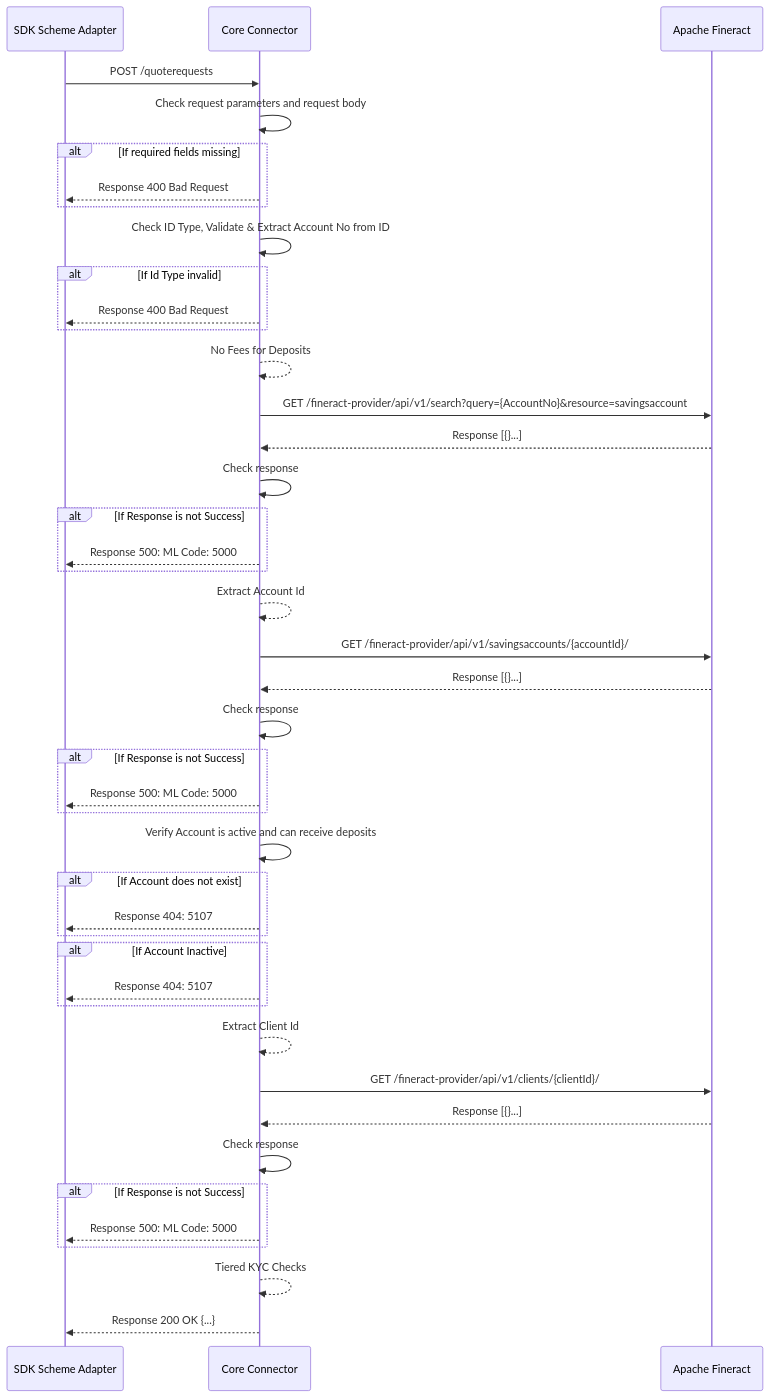
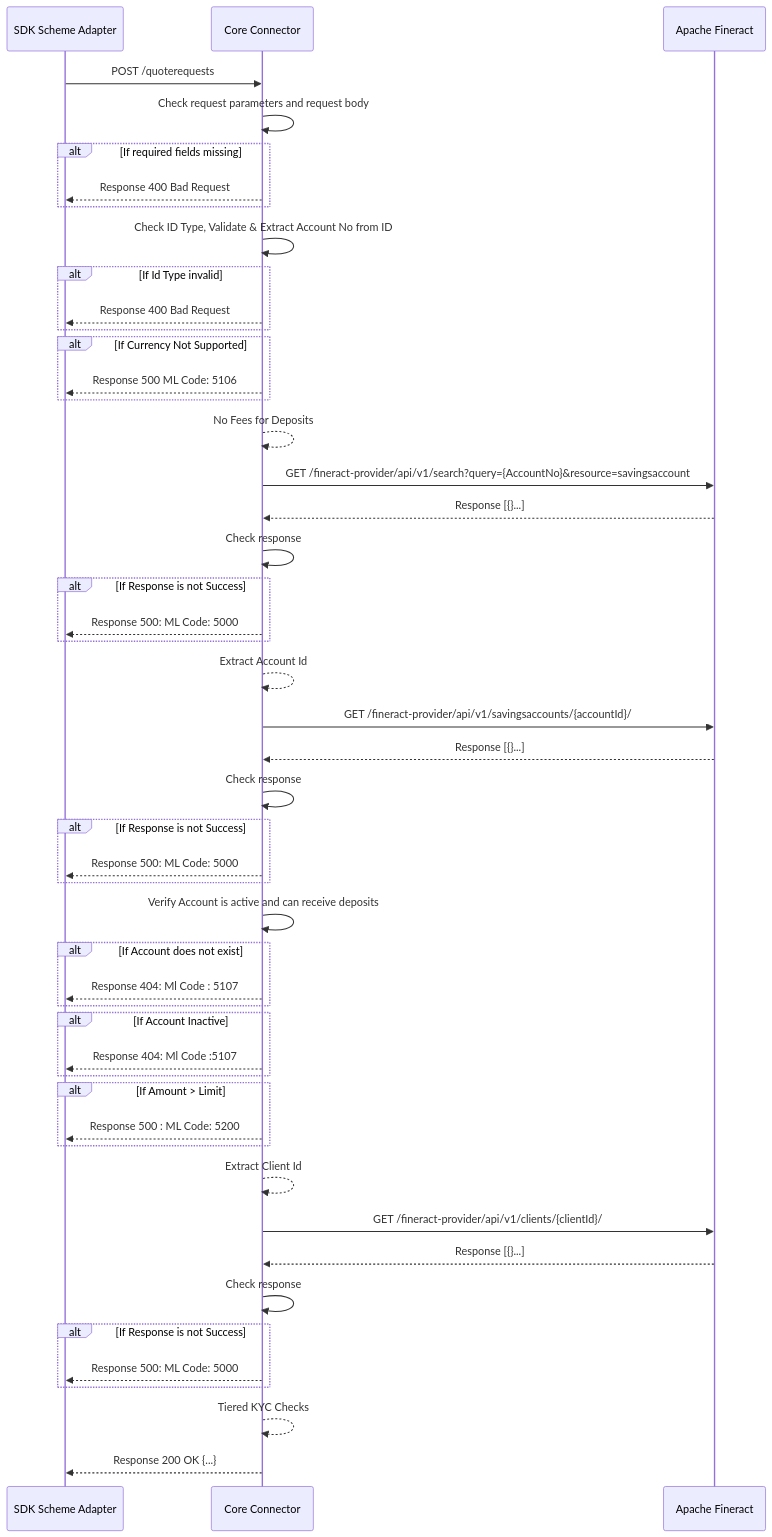
One commit to mojaloop/mifos-core-connector-docs changed the diagram in docs/PayeeQuoteRequest.md. Above: the diagram before and after it, drawn with Mermaid.

````diff
--- a/docs/PayeeQuoteRequest.md
+++ b/docs/PayeeQuoteRequest.md
@@ -3,42 +3,48 @@
 ```mermaid
 sequenceDiagram
     SDK Scheme Adapter->>Core Connector: POST /quoterequests
     Core Connector ->> Core Connector: Check request parameters and request body
     Alt If required fields missing
     Core Connector-->>SDK Scheme Adapter: Response 400 Bad Request
     End
     Core Connector->>Core Connector: Check ID Type, Validate & Extract Account No from ID
     Alt If Id Type invalid
     Core Connector-->>SDK Scheme Adapter: Response 400 Bad Request
+    End
+    Alt If Currency Not Supported
+    Core Connector -->> SDK Scheme Adapter: Response 500 ML Code: 5106
     End
     Core Connector-->>Core Connector: No Fees for Deposits
     Core Connector->>Apache Fineract: GET /fineract-provider/api/v1/search?query={AccountNo}&resource=savingsaccount
     Apache Fineract-->>Core Connector: Response [{}...]
     Core Connector ->> Core Connector: Check response
     Alt If Response is not Success
     Core Connector -->> SDK Scheme Adapter: Response 500: ML Code: 5000
     End
     Core Connector-->>Core Connector: Extract Account Id
     Core Connector->>Apache Fineract: GET /fineract-provider/api/v1/savingsaccounts/{accountId}/
     Apache Fineract-->>Core Connector: Response [{}...]
     Core Connector ->> Core Connector: Check response
     Alt If Response is not Success
     Core Connector -->> SDK Scheme Adapter: Response 500: ML Code: 5000
     End
     Core Connector->>Core Connector: Verify Account is active and can receive deposits
     Alt If Account does not exist
-    Core Connector -->> SDK Scheme Adapter: Response 404: 5107
+    Core Connector -->> SDK Scheme Adapter: Response 404: Ml Code : 5107
     End 
     Alt If Account Inactive
-    Core Connector -->> SDK Scheme Adapter: Response 404: 5107
+    Core Connector -->> SDK Scheme Adapter: Response 404: Ml Code :5107
+    End
+    Alt If Amount > Limit
+    Core Connector -->> SDK Scheme Adapter: Response 500 : ML Code: 5200
     End
     Core Connector-->>Core Connector: Extract Client Id
     Core Connector->>Apache Fineract: GET /fineract-provider/api/v1/clients/{clientId}/
     Apache Fineract-->>Core Connector: Response [{}...]
     Core Connector ->> Core Connector: Check response
     Alt If Response is not Success
     Core Connector -->> SDK Scheme Adapter: Response 500: ML Code: 5000
     End 
     Core Connector-->>Core Connector: Tiered KYC Checks 
     Core Connector-->>SDK Scheme Adapter: Response 200 OK {...}
 ```
````
